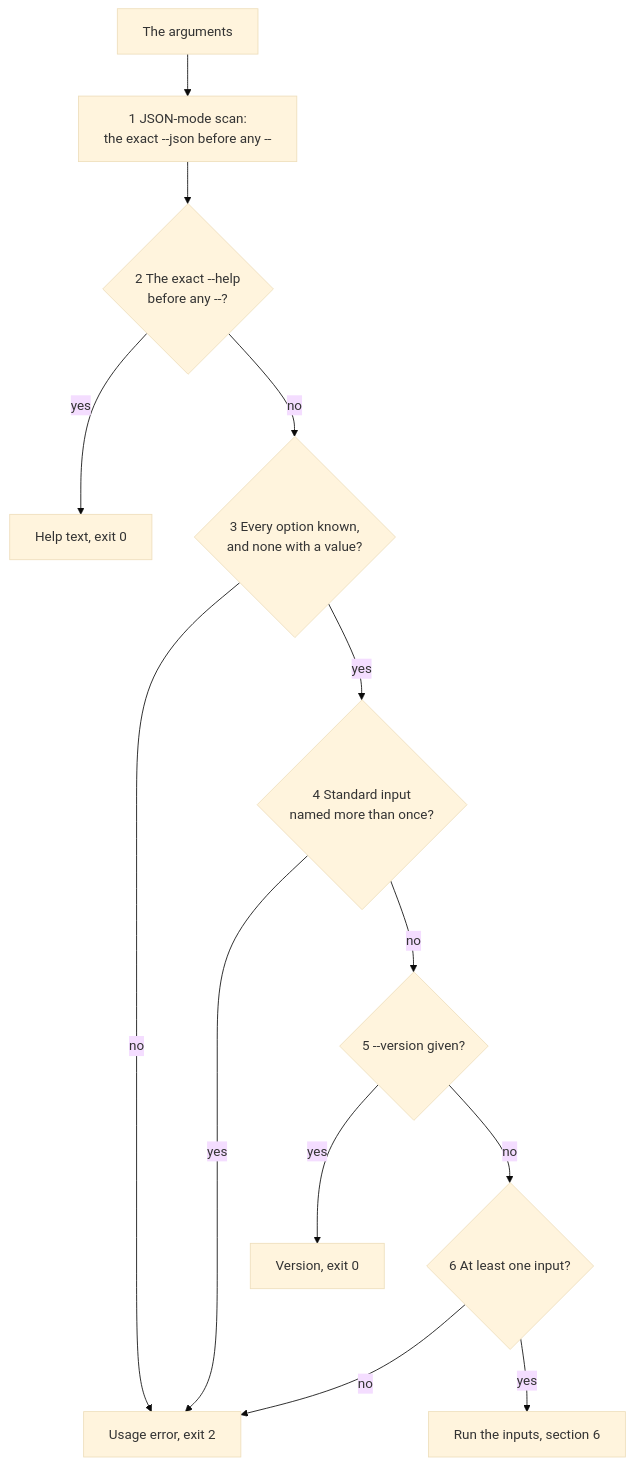
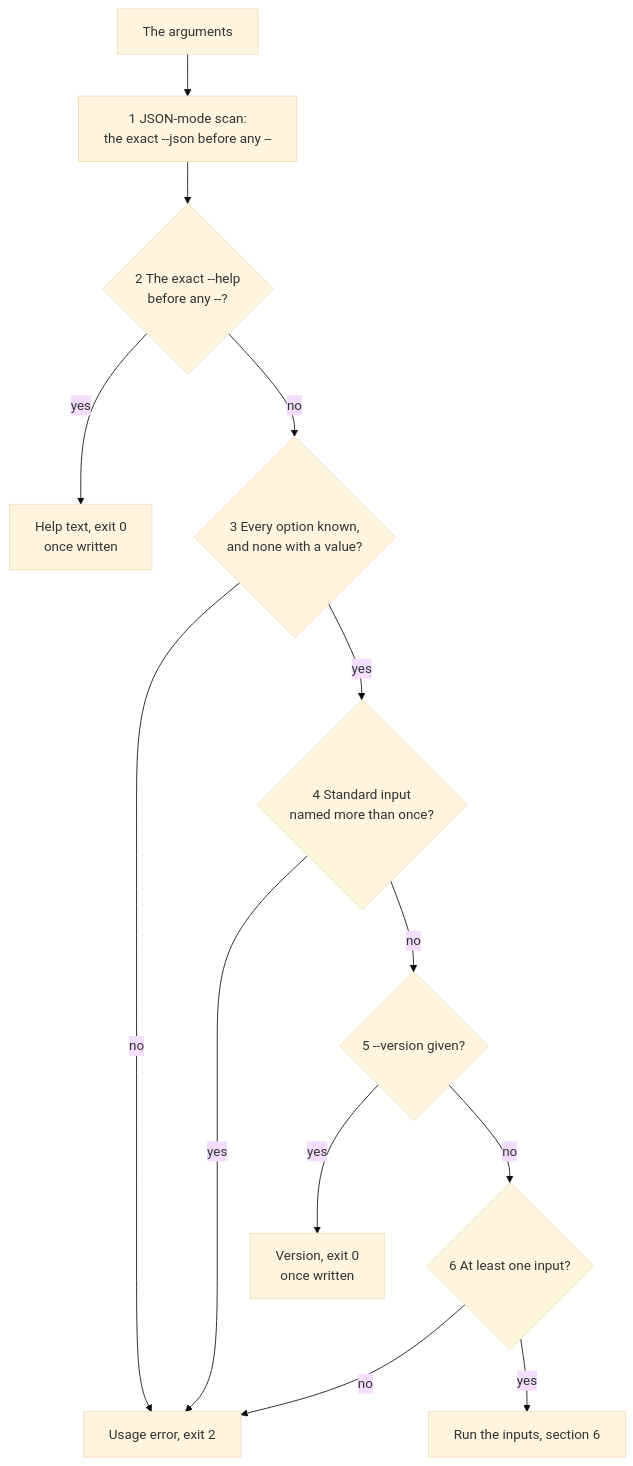
The diagram in docs/design/cli.md (caoccao/cc-media-probe), drawn with Mermaid (base theme) before and after one commit. The commit also changed other lines of this file and 94 other files, not shown here.

````diff
--- a/docs/design/cli.md
+++ b/docs/design/cli.md
@@ -82,15 +82,15 @@
 ```mermaid
 flowchart TD
   A["The arguments"] --> J["1 JSON-mode scan:<br/>the exact --json before any --"]
   J --> H{"2 The exact --help<br/>before any --?"}
-  H -->|yes| HELP["Help text, exit 0"]
+  H -->|yes| HELP["Help text, exit 0<br/>once written"]
   H -->|no| P{"3 Every option known,<br/>and none with a value?"}
   P -->|no| U["Usage error, exit 2"]
   P -->|yes| S{"4 Standard input<br/>named more than once?"}
   S -->|yes| U
   S -->|no| V{"5 --version given?"}
-  V -->|yes| VERSION["Version, exit 0"]
+  V -->|yes| VERSION["Version, exit 0<br/>once written"]
   V -->|no| I{"6 At least one input?"}
   I -->|no| U
   I -->|yes| RUN["Run the inputs, section 6"]
 ```
````
